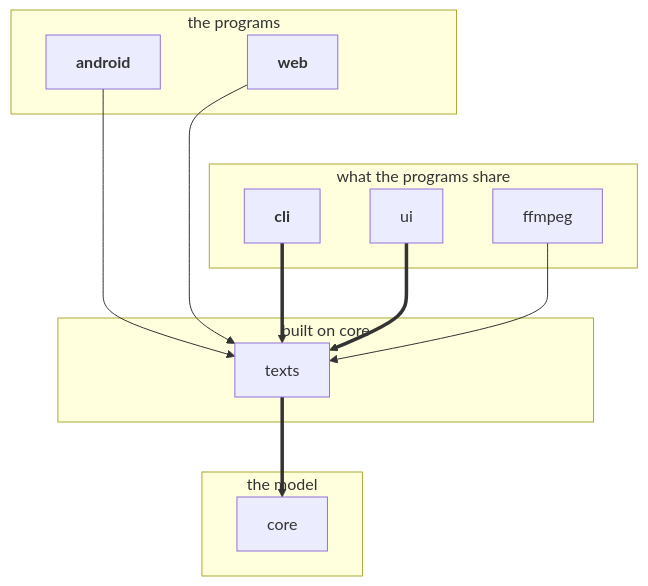
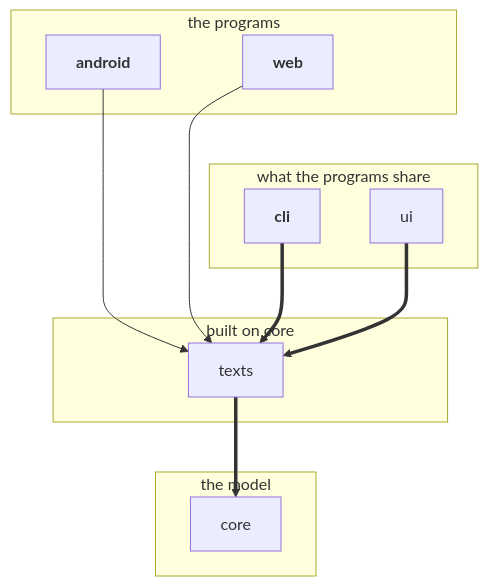
The second of 4 diagrams in docs/developing.md (loplex/sandbox_testing_repo_1), drawn with Mermaid before and after one commit. The commit also changed 3 other files, not shown here.

First line of the commit message:
refactor(ffmpeg): name the download folder without depending on texts

````diff
--- a/docs/developing.md
+++ b/docs/developing.md
@@ -139,27 +139,25 @@
 ```mermaid
 graph TD
     subgraph programs [the programs]
         web
         android
     end
     subgraph shared [what the programs share]
         ui
         cli
-        ffmpeg
     end
     subgraph base [built on core]
         texts
     end
     subgraph model [the model]
         core
     end
     android --> texts
     web --> texts
     cli ==> texts
     ui ==> texts
-    ffmpeg --> texts
     texts ==> core
     programs ~~~ shared
     classDef program font-weight:bold
     class android,web,cli program
 ```
````
